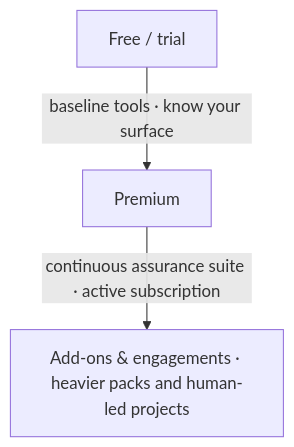
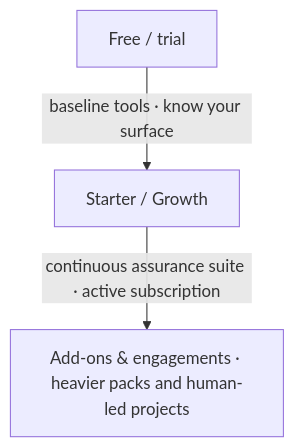
One commit to Phantom-Fort/Phantix-Frontend changed the diagram in docs/07-pricing-and-plans.md. Above: the diagram before and after it, drawn with Mermaid. The commit also changed other lines of this file and 79 other files, not shown here.

````diff
--- a/docs/07-pricing-and-plans.md
+++ b/docs/07-pricing-and-plans.md
@@ -11,5 +11,5 @@
 ```mermaid
 flowchart TD
-  A[Free / trial] -->|baseline tools · know your surface| B[Premium]
+  A[Free / trial] -->|baseline tools · know your surface| B[Starter / Growth]
   B -->|continuous assurance suite · active subscription| C[Add-ons & engagements · heavier packs and human-led projects]
 ```
````
